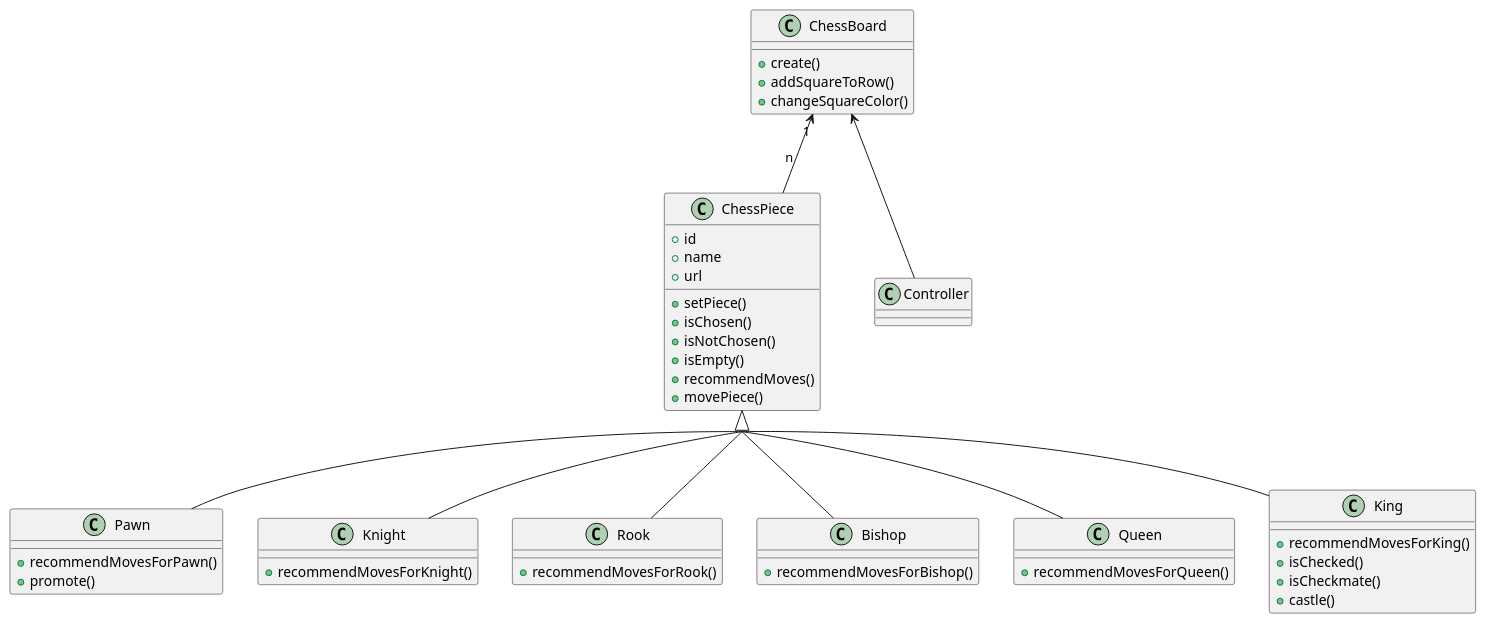
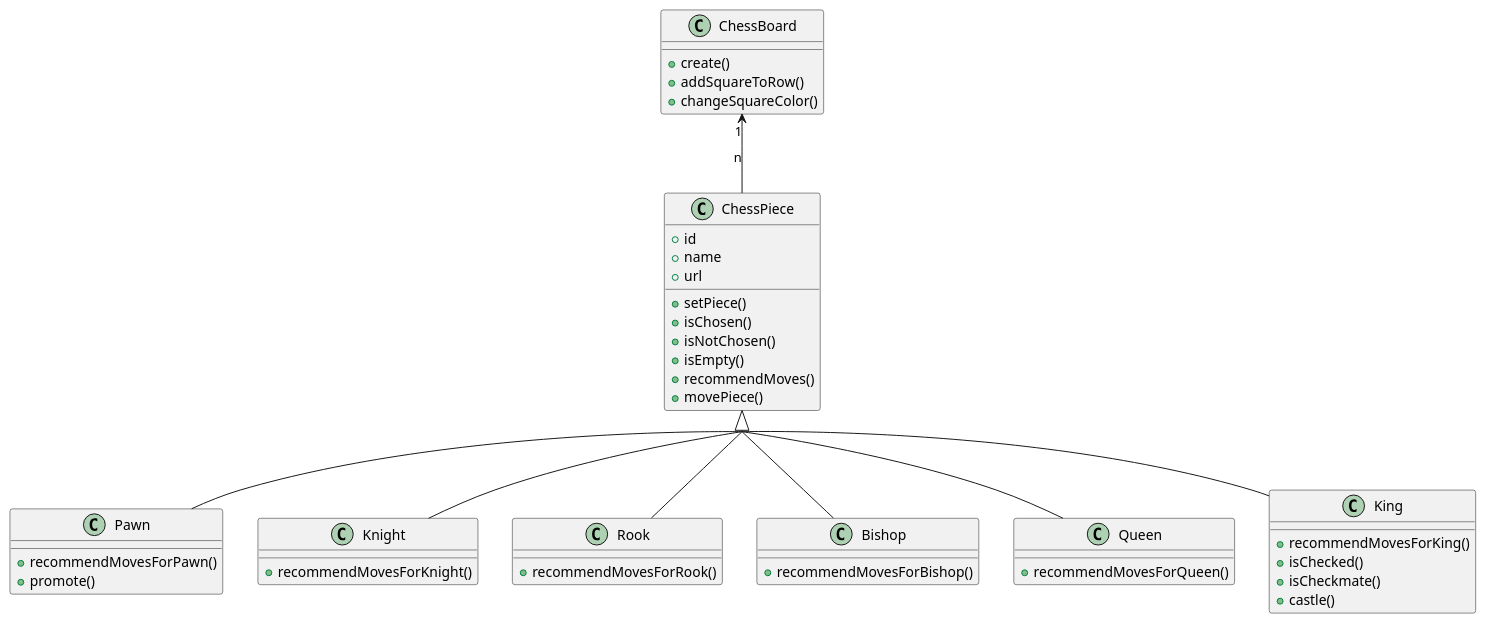
Before and after one commit to BachDi/chess_game: the diagram in UML/ClassDiagram.plantuml, drawn with PlantUML.

Commit message:
delete controller

```diff
--- a/UML/ClassDiagram.plantuml
+++ b/UML/ClassDiagram.plantuml
@@ -1,50 +1,49 @@
 @startuml ChessBoard
 skinparam groupInheritance 2
 class ChessBoard {
     + create()
     + addSquareToRow()
     + changeSquareColor()
 }
 class ChessPiece {
     + id
     + name 
     + url 
     + setPiece() 
     + isChosen() 
     + isNotChosen()
     + isEmpty()
     + recommendMoves() 
     + movePiece()
 }
 class Pawn {
     + recommendMovesForPawn()
     + promote()
 }
 class Knight {
     + recommendMovesForKnight()
 }
 class Rook {
     + recommendMovesForRook()
 }
 class Bishop {
     + recommendMovesForBishop()
 }
 class Queen {
     + recommendMovesForQueen()
 }
 class King {
     + recommendMovesForKing()
     + isChecked()
     + isCheckmate()
     + castle()
 }
 
 ChessBoard "1" <-- "n" ChessPiece
-ChessBoard <-- Controller
 ChessPiece <|-- Pawn 
 ChessPiece <|-- Rook 
 ChessPiece <|-- Knight 
 ChessPiece <|-- Bishop 
 ChessPiece <|-- Queen  
 ChessPiece <|-- King 
 @enduml
```
